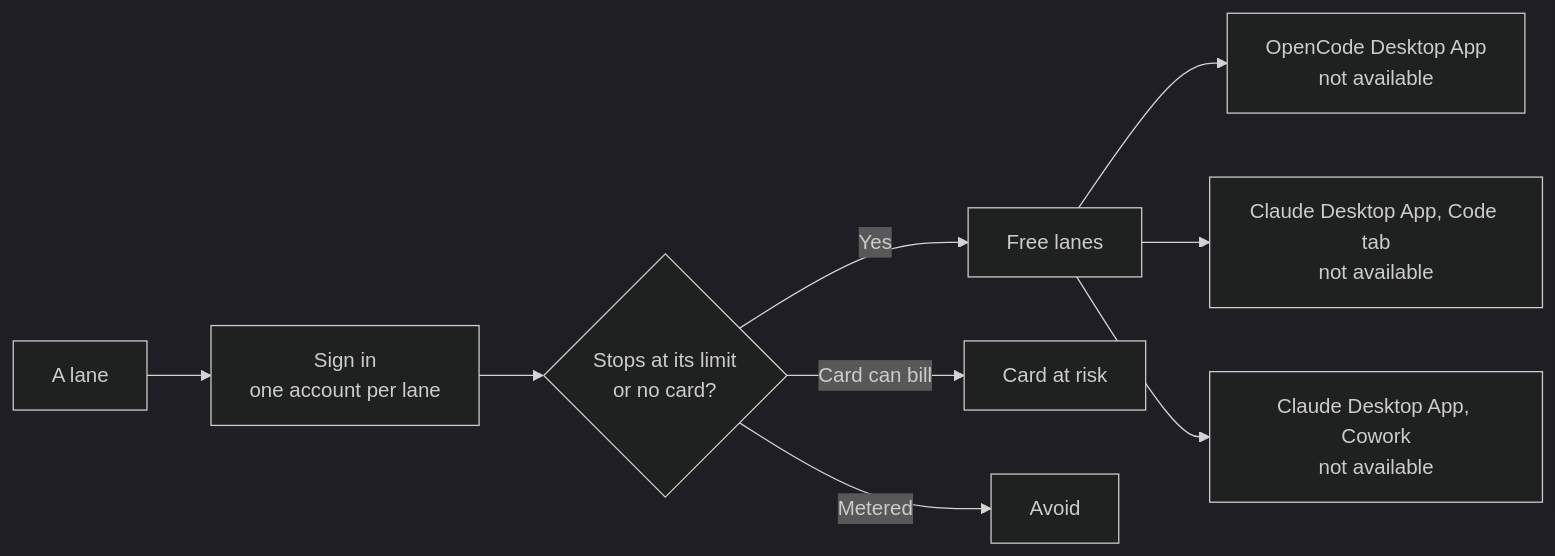
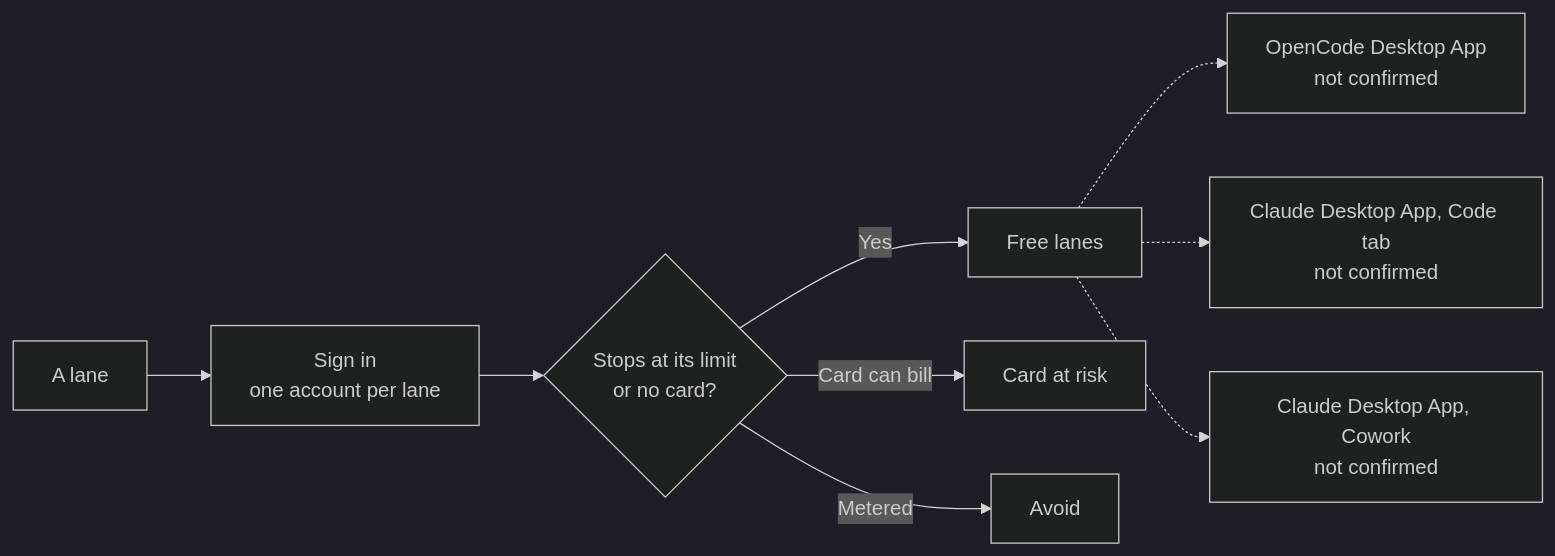
Before and after one commit to SoulCraft-Org/compute-crafter: the diagram in guides/training.md, drawn with Mermaid (dark theme). The commit also changed other lines of this file and 7 other files, not shown here.

````diff
--- a/guides/training.md
+++ b/guides/training.md
@@ -5,10 +5,10 @@
 ```mermaid
 flowchart LR
   L[A lane] --> S[Sign in<br/>one account per lane] --> Q{Stops at its limit<br/>or no card?}
   Q -->|Yes| F[Free lanes]
   Q -->|Card can bill| R[Card at risk]
   Q -->|Metered| A[Avoid]
-  F --> O[OpenCode Desktop App<br/>not available]
-  F --> C[Claude Desktop App, Code tab<br/>not available]
-  F --> W[Claude Desktop App, Cowork<br/>not available]
+  F -.-> O[OpenCode Desktop App<br/>not confirmed]
+  F -.-> C[Claude Desktop App, Code tab<br/>not confirmed]
+  F -.-> W[Claude Desktop App, Cowork<br/>not confirmed]
 ```
````
